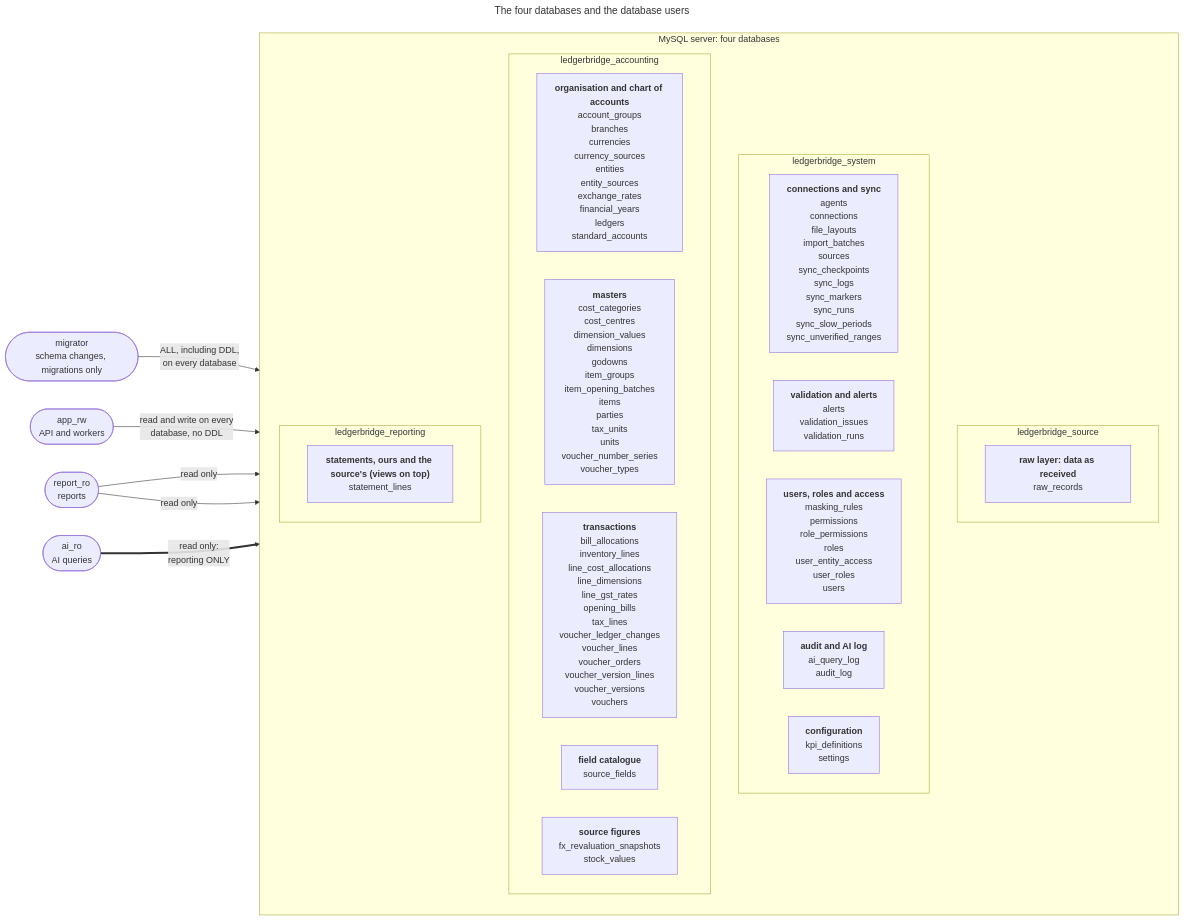
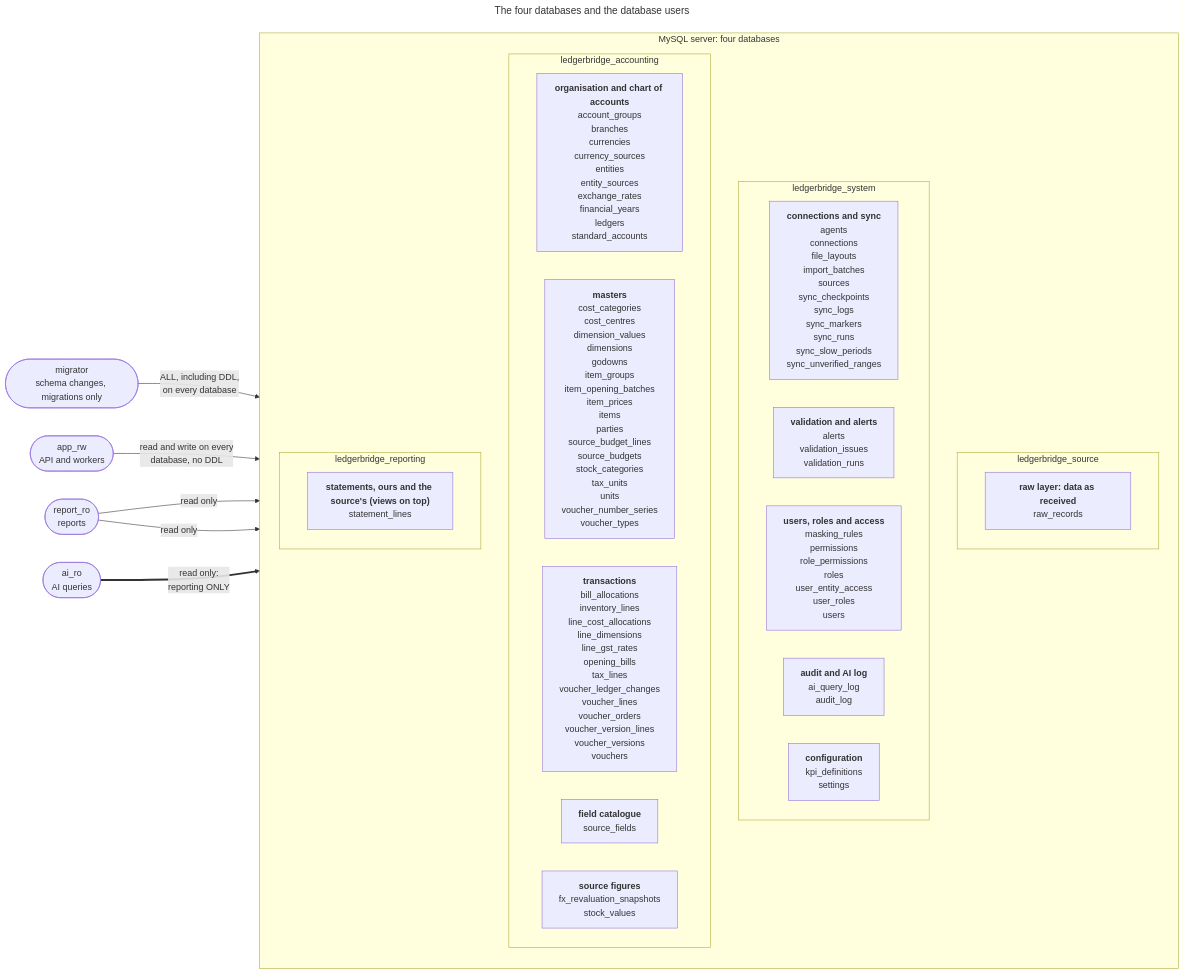
One commit to empirical-logic-2026/ledgerbridge changed the diagram in docs/diagrams/schema-databases.mmd. Above: the diagram before and after it, drawn with Mermaid. The commit also changed 27 other files, not shown here.

First line of the commit message:
Data completion part 7: stock categories, price lists, reorder levels, budgets

```diff
--- a/docs/diagrams/schema-databases.mmd
+++ b/docs/diagrams/schema-databases.mmd
@@ -1,38 +1,38 @@
 ---
 title: "The four databases and the database users"
 ---
 %% Generated by `python -m devtools.diagrams` from core/models: don't edit by hand.
 flowchart LR
     migrator(["migrator<br/>schema changes, migrations only"])
     app_rw(["app_rw<br/>API and workers"])
     report_ro(["report_ro<br/>reports"])
     ai_ro(["ai_ro<br/>AI queries"])
     subgraph mysql["MySQL server: four databases"]
     direction TB
     subgraph ledgerbridge_source["ledgerbridge_source"]
         ledgerbridge_source_1["<b>raw layer: data as received</b><br/>raw_records"]
     end
     subgraph ledgerbridge_system["ledgerbridge_system"]
         ledgerbridge_system_1["<b>connections and sync</b><br/>agents<br/>connections<br/>file_layouts<br/>import_batches<br/>sources<br/>sync_checkpoints<br/>sync_logs<br/>sync_markers<br/>sync_runs<br/>sync_slow_periods<br/>sync_unverified_ranges"]
         ledgerbridge_system_2["<b>validation and alerts</b><br/>alerts<br/>validation_issues<br/>validation_runs"]
         ledgerbridge_system_3["<b>users, roles and access</b><br/>masking_rules<br/>permissions<br/>role_permissions<br/>roles<br/>user_entity_access<br/>user_roles<br/>users"]
         ledgerbridge_system_4["<b>audit and AI log</b><br/>ai_query_log<br/>audit_log"]
         ledgerbridge_system_5["<b>configuration</b><br/>kpi_definitions<br/>settings"]
     end
     subgraph ledgerbridge_accounting["ledgerbridge_accounting"]
         ledgerbridge_accounting_1["<b>organisation and chart of accounts</b><br/>account_groups<br/>branches<br/>currencies<br/>currency_sources<br/>entities<br/>entity_sources<br/>exchange_rates<br/>financial_years<br/>ledgers<br/>standard_accounts"]
-        ledgerbridge_accounting_2["<b>masters</b><br/>cost_categories<br/>cost_centres<br/>dimension_values<br/>dimensions<br/>godowns<br/>item_groups<br/>item_opening_batches<br/>items<br/>parties<br/>tax_units<br/>units<br/>voucher_number_series<br/>voucher_types"]
+        ledgerbridge_accounting_2["<b>masters</b><br/>cost_categories<br/>cost_centres<br/>dimension_values<br/>dimensions<br/>godowns<br/>item_groups<br/>item_opening_batches<br/>item_prices<br/>items<br/>parties<br/>source_budget_lines<br/>source_budgets<br/>stock_categories<br/>tax_units<br/>units<br/>voucher_number_series<br/>voucher_types"]
         ledgerbridge_accounting_3["<b>transactions</b><br/>bill_allocations<br/>inventory_lines<br/>line_cost_allocations<br/>line_dimensions<br/>line_gst_rates<br/>opening_bills<br/>tax_lines<br/>voucher_ledger_changes<br/>voucher_lines<br/>voucher_orders<br/>voucher_version_lines<br/>voucher_versions<br/>vouchers"]
         ledgerbridge_accounting_4["<b>field catalogue</b><br/>source_fields"]
         ledgerbridge_accounting_5["<b>source figures</b><br/>fx_revaluation_snapshots<br/>stock_values"]
     end
     subgraph ledgerbridge_reporting["ledgerbridge_reporting"]
         ledgerbridge_reporting_1["<b>statements, ours and the source's (views on top)</b><br/>statement_lines"]
     end
     end
     migrator -->|"ALL, including DDL,<br/>on every database"| mysql
     app_rw -->|"read and write on every<br/>database, no DDL"| mysql
     report_ro -->|"read only"| ledgerbridge_accounting
     report_ro -->|"read only"| ledgerbridge_reporting
     ai_ro ==>|"read only:<br/>reporting ONLY"| ledgerbridge_reporting
     classDef planned fill:#f3f4f6,stroke:#9ca3af,stroke-dasharray:5 5,color:#4b5563
```
